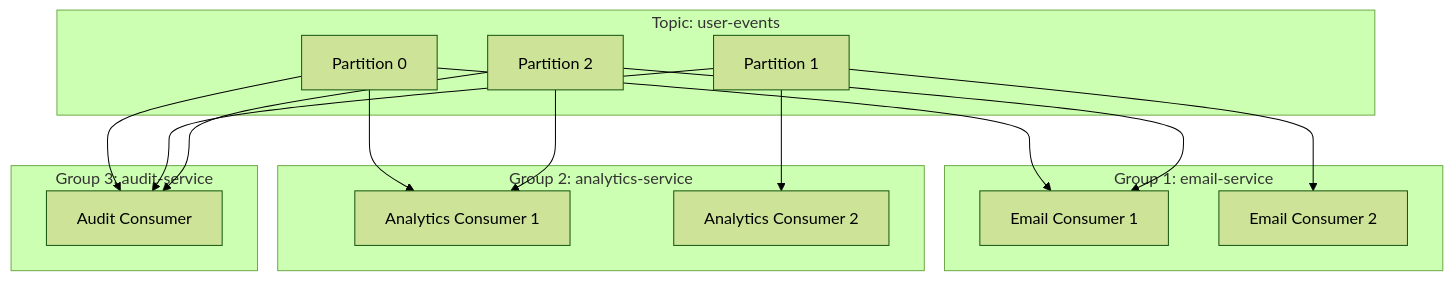
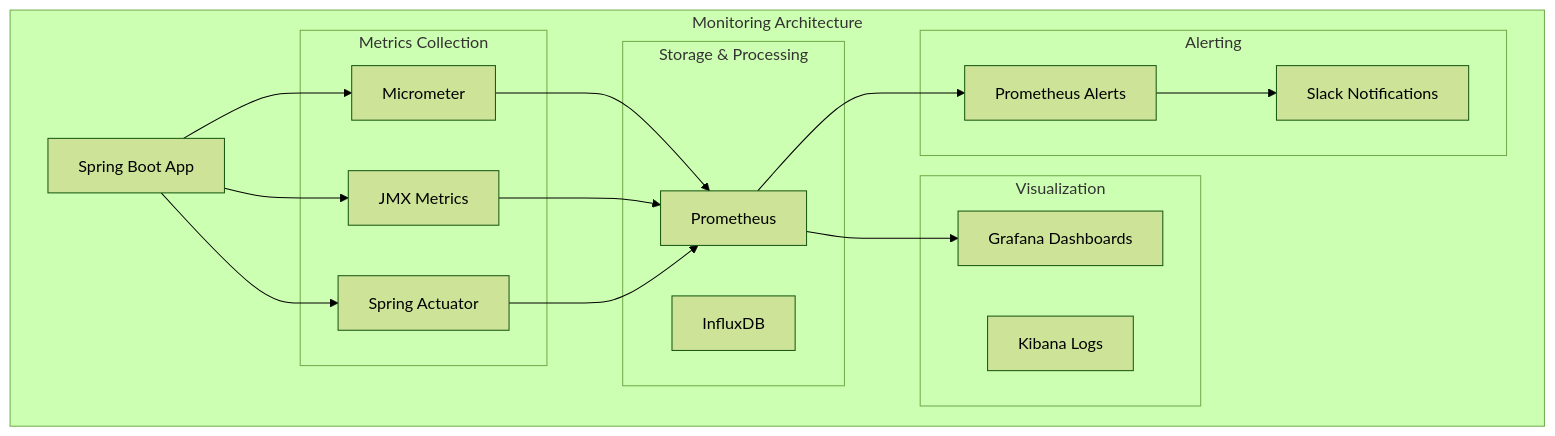
The diagram in class/modules/lesson_7/concept.md (vorrawut/KafkaStarter), drawn with Mermaid (forest theme) before and after one commit. The commit also changed other lines of this file and 204 other files, not shown here.

````diff
--- a/class/modules/lesson_7/concept.md
+++ b/class/modules/lesson_7/concept.md
@@ -289,34 +44,40 @@
 ```mermaid
 graph TB
-    subgraph "Topic: user-events"
-        P0[Partition 0]
-        P1[Partition 1]
-        P2[Partition 2]
+    subgraph "Monitoring Architecture"
+        APP[Spring Boot App]
+        
+        subgraph "Metrics Collection"
+            MICROMETER[Micrometer]
+            JMX[JMX Metrics]
+            ACTUATOR[Spring Actuator]
+        end
+        
+        subgraph "Storage & Processing"
+            PROMETHEUS[Prometheus]
+            INFLUX[InfluxDB]
+        end
+        
+        subgraph "Visualization"
+            GRAFANA[Grafana Dashboards]
+            KIBANA[Kibana Logs]
+        end
+        
+        subgraph "Alerting"
+            ALERTS[Prometheus Alerts]
+            SLACK[Slack Notifications]
+        end
     end
     
-    subgraph "Group 1: email-service"
-        E1[Email Consumer 1]
-        E2[Email Consumer 2]
-    end
+    APP --> MICROMETER
+    APP --> JMX
+    APP --> ACTUATOR
     
-    subgraph "Group 2: analytics-service"
-        A1[Analytics Consumer 1]
-        A2[Analytics Consumer 2]
-    end
+    MICROMETER --> PROMETHEUS
+    JMX --> PROMETHEUS
+    ACTUATOR --> PROMETHEUS
     
-    subgraph "Group 3: audit-service"
-        AU1[Audit Consumer]
-    end
+    PROMETHEUS --> GRAFANA
+    PROMETHEUS --> ALERTS
     
-    P0 --> E1
-    P1 --> E2
-    P2 --> E1
-    
-    P0 --> A1
-    P1 --> A2
-    P2 --> A1
-    
-    P0 --> AU1
-    P1 --> AU1
-    P2 --> AU1
+    ALERTS --> SLACK
 ```
````
